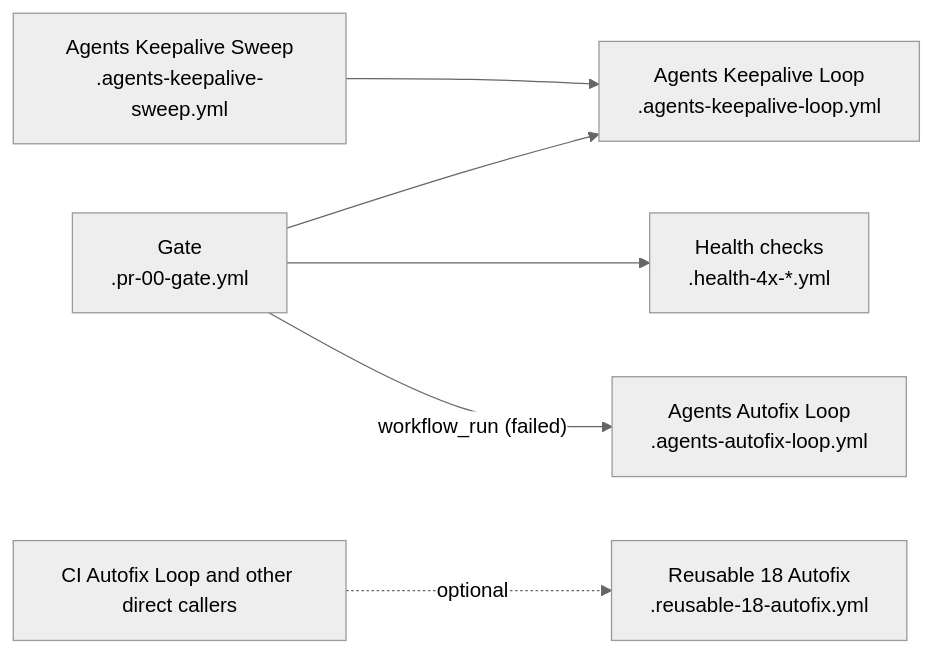
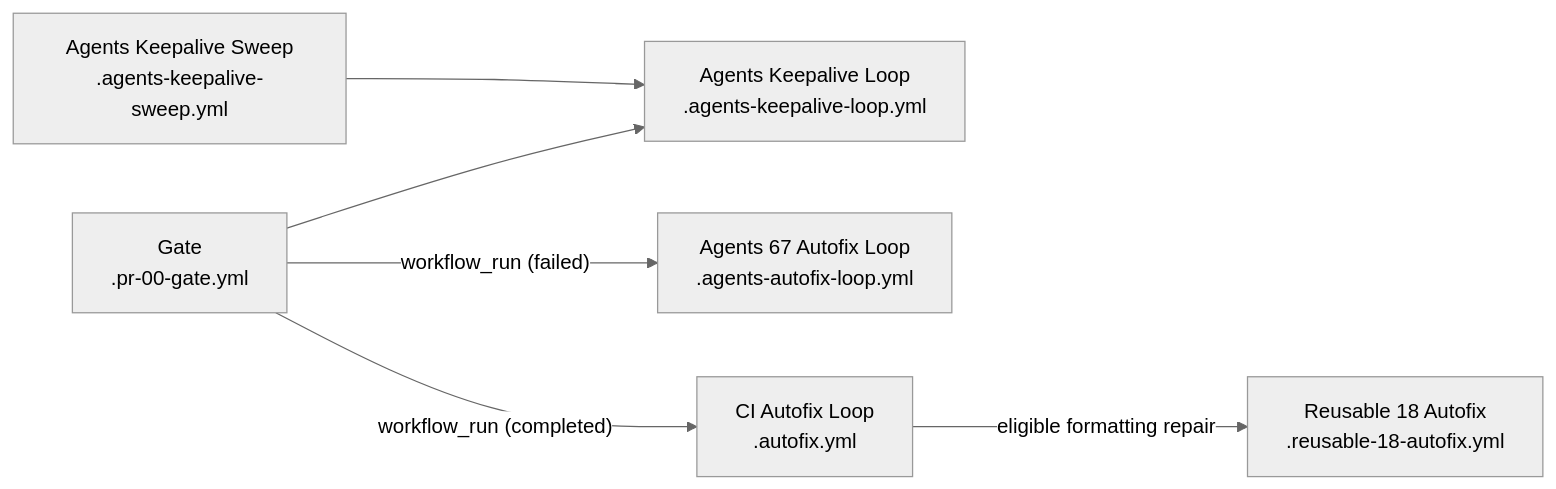
One commit to stranske/Workflows changed the first of 2 diagrams in docs/ci/WORKFLOWS.md. Above: the diagram before and after it, drawn with Mermaid (neutral theme). The commit also changed other lines of this file and 75 other files, not shown here.

First line of the commit message:
Align workflow names, architecture and Keepalive documentation (#5548)

````diff
--- a/docs/ci/WORKFLOWS.md
+++ b/docs/ci/WORKFLOWS.md
@@ -20,8 +22,8 @@
 ```mermaid
 flowchart LR
     gate["Gate\n.pr-00-gate.yml"] --> keepaliveLoop["Agents Keepalive Loop\n.agents-keepalive-loop.yml"]
     keepaliveSweep["Agents Keepalive Sweep\n.agents-keepalive-sweep.yml"] --> keepaliveLoop
-    gate --> healthGuard["Health checks\n.health-4x-*.yml"]
-    gate -- "workflow_run (failed)" --> autofixLoop["Agents Autofix Loop\n.agents-autofix-loop.yml"]
-    directCallers["CI Autofix Loop and other direct callers"] -. optional .-> autofix["Reusable 18 Autofix\n.reusable-18-autofix.yml"]
+    gate -- "workflow_run (failed)" --> autofixLoop["Agents 67 Autofix Loop\n.agents-autofix-loop.yml"]
+    gate -- "workflow_run (completed)" --> formatter["CI Autofix Loop\n.autofix.yml"]
+    formatter -- "eligible formatting repair" --> autofix["Reusable 18 Autofix\n.reusable-18-autofix.yml"]
 ```
````
